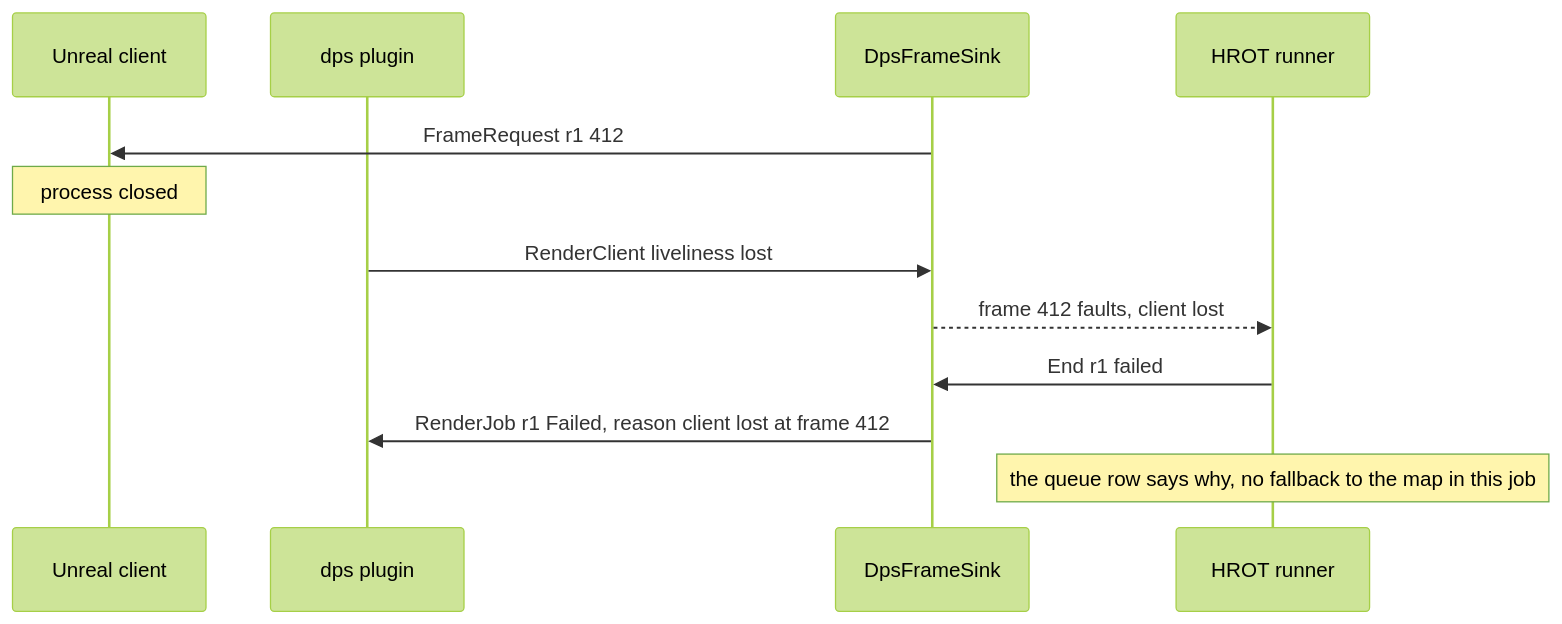
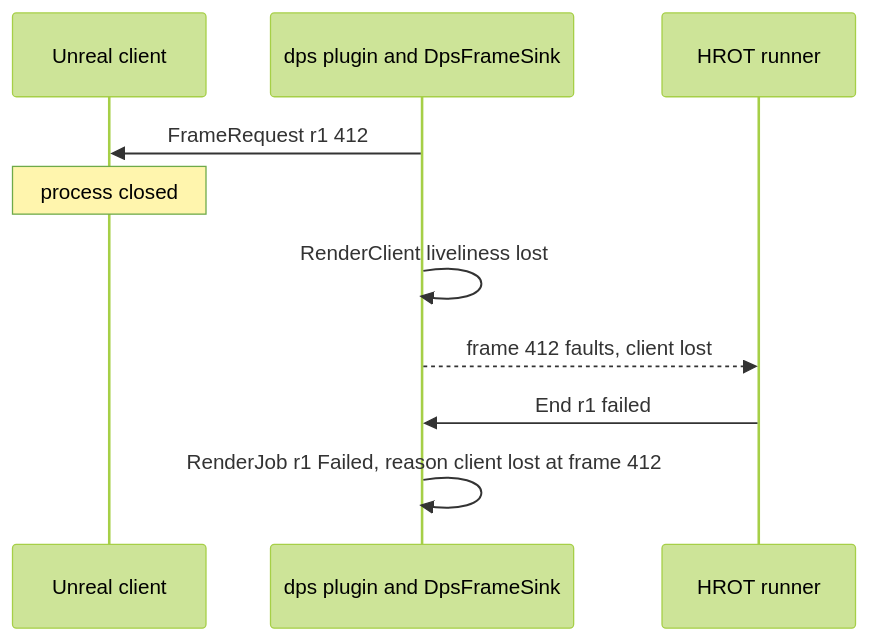
One commit to pjanec/SimNetGateway changed the sixth of 6 diagrams in docs/design/DD-022-Dps-Director-Rendering.md. Above: the diagram before and after it, drawn with Mermaid (forest theme). The commit also changed other lines of this file and 3 other files, not shown here.

````diff
--- a/docs/design/DD-022-Dps-Director-Rendering.md
+++ b/docs/design/DD-022-Dps-Director-Rendering.md
@@ -291,14 +384,12 @@
 ```mermaid
 sequenceDiagram
     participant U as Unreal client
-    participant G as dps plugin
-    participant S as DpsFrameSink
+    participant G as dps plugin and DpsFrameSink
     participant R as HROT runner
-    S->>U: FrameRequest r1 412
+    G->>U: FrameRequest r1 412
     Note over U: process closed
-    G->>S: RenderClient liveliness lost
-    S-->>R: frame 412 faults, client lost
-    R->>S: End r1 failed
-    S->>G: RenderJob r1 Failed, reason client lost at frame 412
-    Note over R: the queue row says why, no fallback to the map in this job
+    G->>G: RenderClient liveliness lost
+    G-->>R: frame 412 faults, client lost
+    R->>G: End r1 failed
+    G->>G: RenderJob r1 Failed, reason client lost at frame 412
 ```
````
